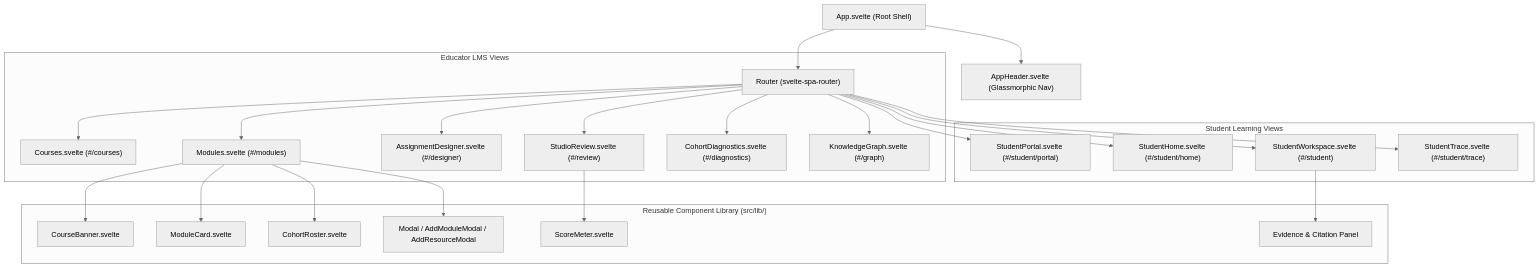
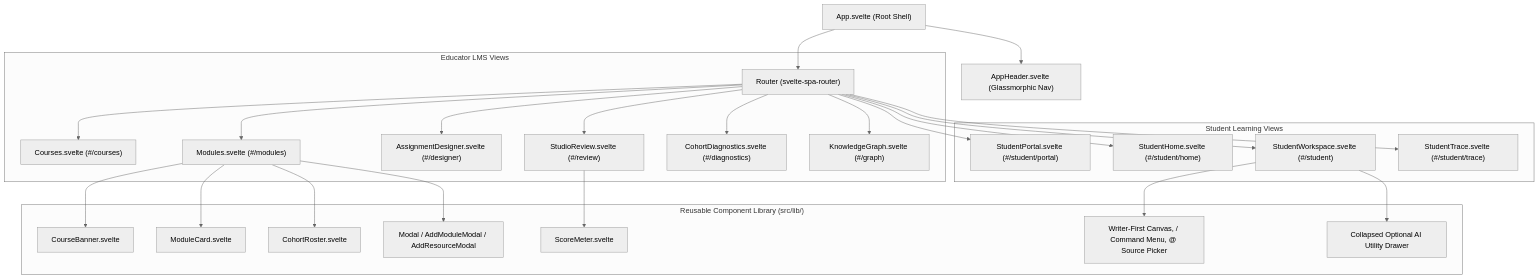
The first of 3 diagrams in docs/developer-guide/03-frontend-architecture.md (darkaengl/fiosra), drawn with Mermaid (neutral theme) before and after one commit. The commit also changed 5 other files, not shown here.

Commit message:
docs: document writer-first learning canvas

````diff
--- a/docs/developer-guide/03-frontend-architecture.md
+++ b/docs/developer-guide/03-frontend-architecture.md
@@ -11,30 +11,31 @@
 ```mermaid
 graph TD
     Root["App.svelte (Root Shell)"] --> Header["AppHeader.svelte (Glassmorphic Nav)"]
     Root --> Router["Router (svelte-spa-router)"]
 
     subgraph EducatorViews["Educator LMS Views"]
         Router --> V_Courses["Courses.svelte (#/courses)"]
         Router --> V_Modules["Modules.svelte (#/modules)"]
         Router --> V_Design["AssignmentDesigner.svelte (#/designer)"]
         Router --> V_Review["StudioReview.svelte (#/review)"]
         Router --> V_Diag["CohortDiagnostics.svelte (#/diagnostics)"]
         Router --> V_Graph["KnowledgeGraph.svelte (#/graph)"]
     end
 
     subgraph StudentViews["Student Learning Views"]
         Router --> V_Portal["StudentPortal.svelte (#/student/portal)"]
         Router --> V_Home["StudentHome.svelte (#/student/home)"]
         Router --> V_Canvas["StudentWorkspace.svelte (#/student)"]
         Router --> V_Trace["StudentTrace.svelte (#/student/trace)"]
     end
 
     subgraph SharedComponents["Reusable Component Library (src/lib/)"]
         V_Modules --> Banner["CourseBanner.svelte"]
         V_Modules --> ModCard["ModuleCard.svelte"]
         V_Modules --> Roster["CohortRoster.svelte"]
         V_Modules --> Modals["Modal / AddModuleModal / AddResourceModal"]
         V_Review --> Gauge["ScoreMeter.svelte"]
-        V_Canvas --> EvidenceDrawer["Evidence & Citation Panel"]
+        V_Canvas --> WriterCanvas["Writer-First Canvas, / Command Menu, @ Source Picker"]
+        V_Canvas --> AssistDrawer["Collapsed Optional AI Utility Drawer"]
     end
 ```
````
